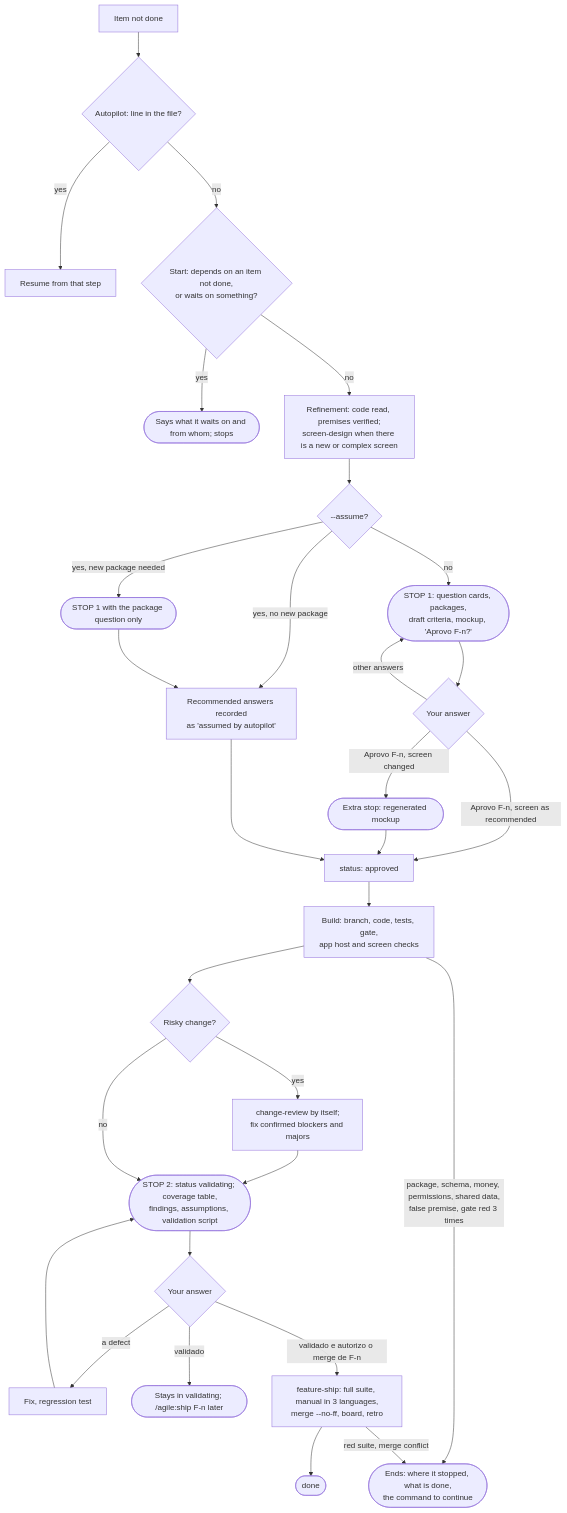
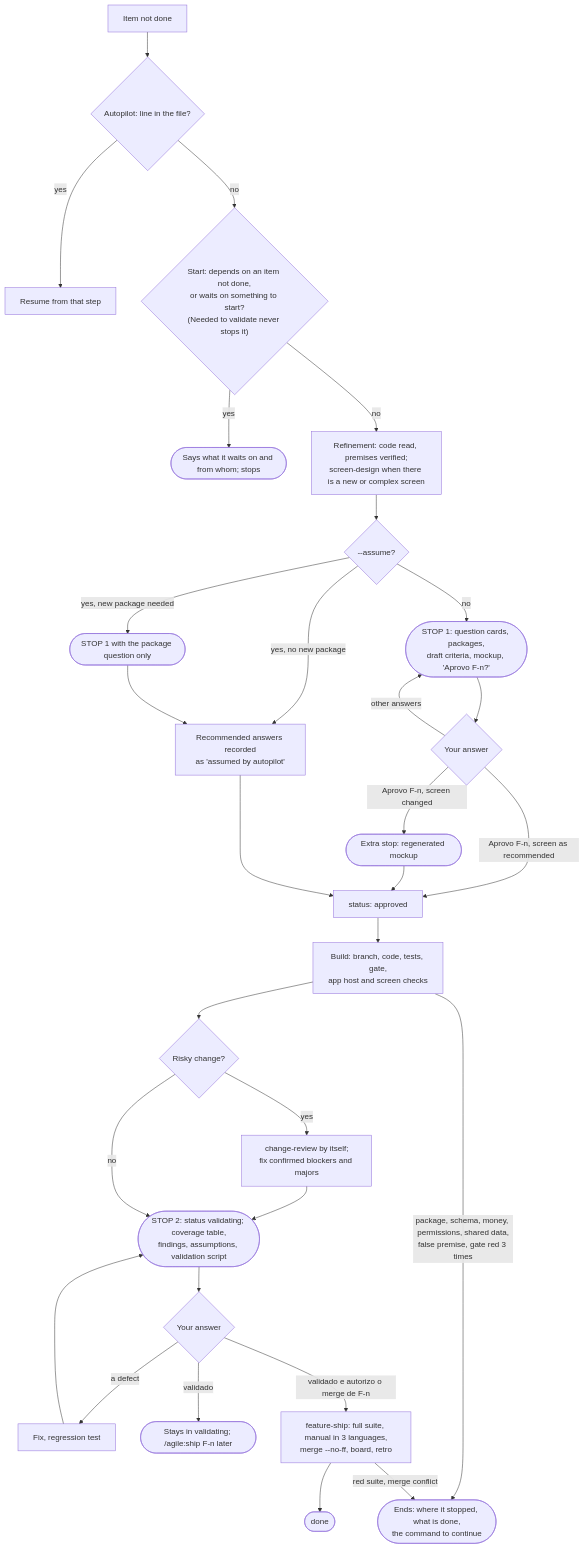
Diagram 18 of 20 in docs/agile/workflow.md (alexcanario/simulab), drawn with Mermaid before and after one commit. The commit also changed other lines of this file and 17 other files, not shown here.

````diff
--- a/docs/agile/workflow.md
+++ b/docs/agile/workflow.md
@@ -1668,31 +2260,31 @@
 ```mermaid
 flowchart TD
     A["Item not done"] --> R{"Autopilot: line in the file?"}
     R -->|yes| R1["Resume from that step"]
-    R -->|no| A1{"Start: depends on an item not done,<br/>or waits on something?"}
+    R -->|no| A1{"Start: depends on an item not done,<br/>or waits on something to start?<br/>(Needed to validate never stops it)"}
     A1 -->|yes| A2(["Says what it waits on and from whom; stops"])
     A1 -->|no| B["Refinement: code read, premises verified;<br/>screen-design when there is a new or complex screen"]
     B --> B1{"--assume?"}
     B1 -->|no| C(["STOP 1: question cards, packages,<br/>draft criteria, mockup, 'Aprovo F-n?'"])
     B1 -->|"yes, new package needed"| C2(["STOP 1 with the package question only"])
     B1 -->|"yes, no new package"| D["Recommended answers recorded<br/>as 'assumed by autopilot'"]
     C --> C1{"Your answer"}
     C1 -->|"other answers"| C
     C1 -->|"Aprovo F-n, screen as recommended"| E
     C1 -->|"Aprovo F-n, screen changed"| C3(["Extra stop: regenerated mockup"])
     C3 --> E
     C2 --> D
     D --> E["status: approved"]
     E --> F["Build: branch, code, tests, gate,<br/>app host and screen checks"]
     F --> F0{"Risky change?"}
     F0 -->|yes| F1["change-review by itself;<br/>fix confirmed blockers and majors"]
     F1 --> G
     F0 -->|no| G(["STOP 2: status validating; coverage table,<br/>findings, assumptions, validation script"])
     G --> H{"Your answer"}
     H -->|"a defect"| H1["Fix, regression test"] --> G
     H -->|"validado"| H2(["Stays in validating; /agile:ship F-n later"])
     H -->|"validado e autorizo o merge de F-n"| I["feature-ship: full suite, manual in 3 languages,<br/>merge --no-ff, board, retro"]
     I --> J(["done"])
     F -->|"package, schema, money, permissions, shared data,<br/>false premise, gate red 3 times"| S(["Ends: where it stopped, what is done,<br/>the command to continue"])
     I -->|"red suite, merge conflict"| S
 ```
````
